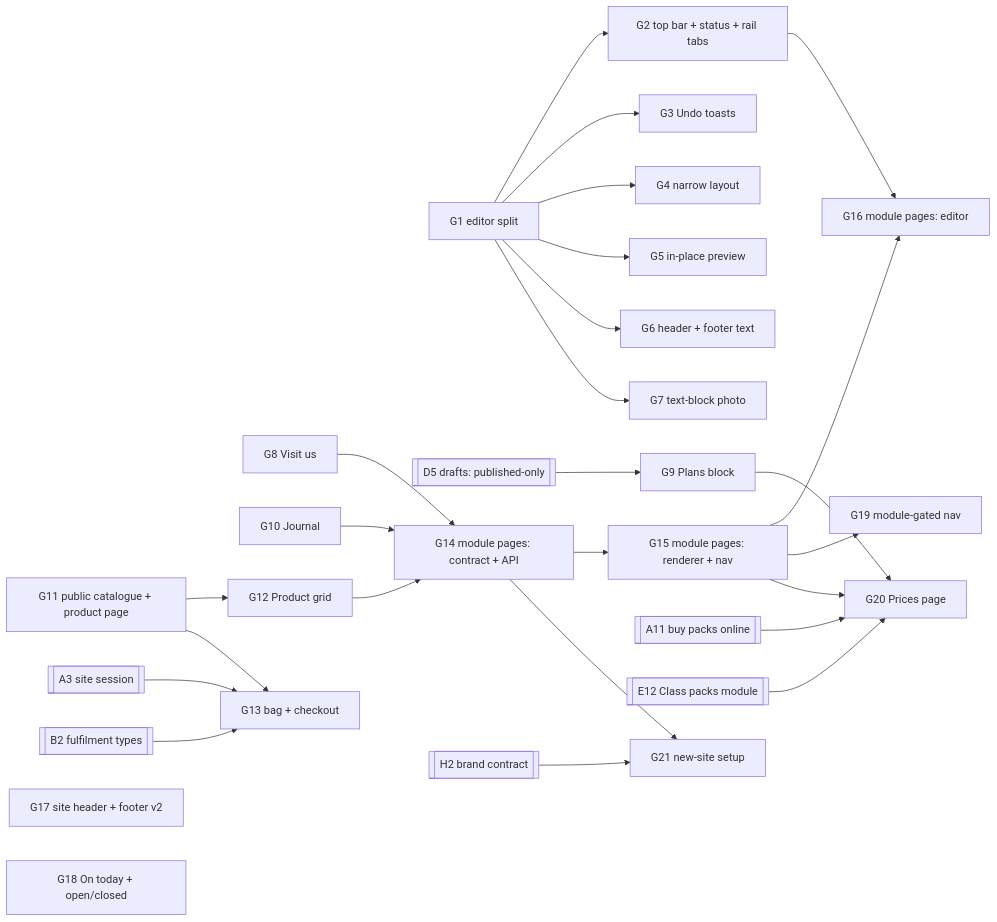
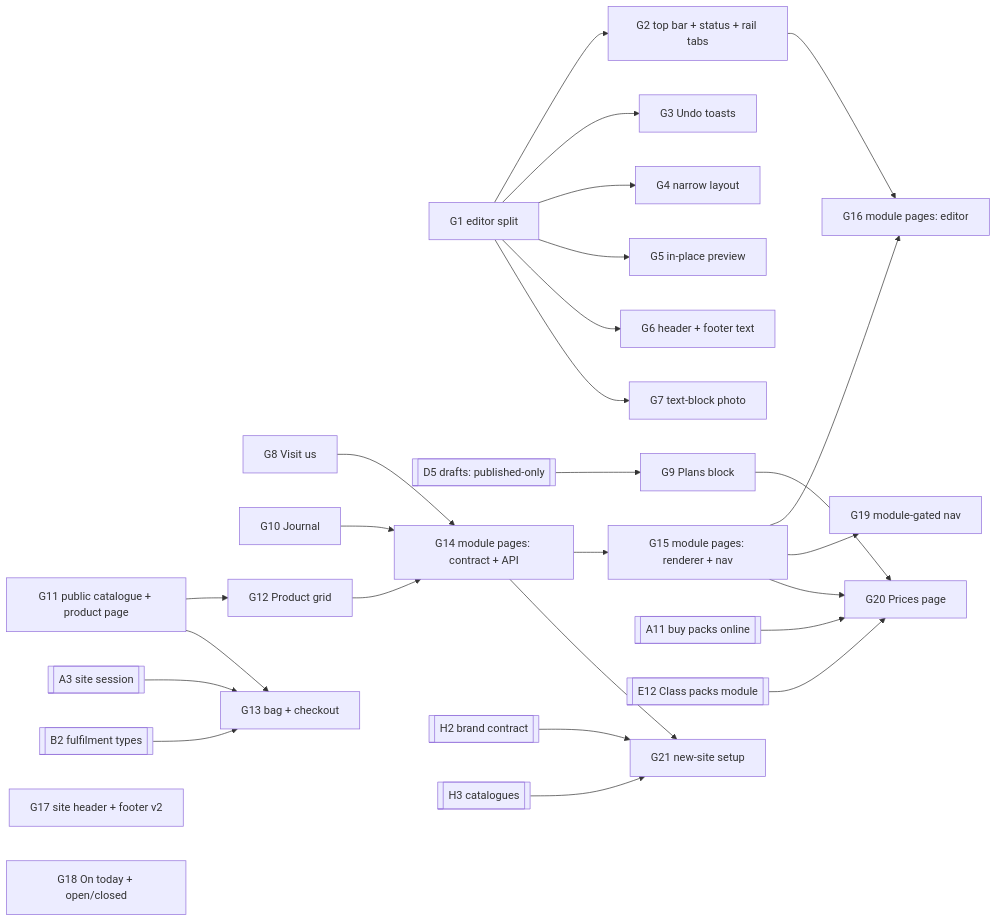
Before and after one commit to saroh-labs/saroh.in: the second of 2 diagrams in docs/plans/2026-09-26-007-feat-site-editor-customer-site-plan.md, drawn with Mermaid. The commit also changed other lines of this file and 3 other files, not shown here.

````diff
--- a/docs/plans/2026-09-26-007-feat-site-editor-customer-site-plan.md
+++ b/docs/plans/2026-09-26-007-feat-site-editor-customer-site-plan.md
@@ -364,31 +364,32 @@
 ```mermaid
 flowchart LR
   G1[G1 editor split] --> G2[G2 top bar + status + rail tabs]
   G1 --> G3[G3 Undo toasts]
   G1 --> G4[G4 narrow layout]
   G1 --> G5[G5 in-place preview]
   G1 --> G6[G6 header + footer text]
   G1 --> G7[G7 text-block photo]
   G8[G8 Visit us]
   G10[G10 Journal]
   D5[[D5 drafts: published-only]] --> G9[G9 Plans block]
   G11[G11 public catalogue + product page] --> G12[G12 Product grid]
   G11 --> G13[G13 bag + checkout]
   A3[[A3 site session]] --> G13
   B2[[B2 fulfilment types]] --> G13
   G8 --> G14[G14 module pages: contract + API]
   G10 --> G14
   G12 --> G14
   G14 --> G15[G15 module pages: renderer + nav]
   G15 --> G16[G16 module pages: editor]
   G2 --> G16
   G15 --> G19[G19 module-gated nav]
   G17[G17 site header + footer v2]
   G18[G18 On today + open/closed]
   G9 --> G20[G20 Prices page]
   A11[[A11 buy packs online]] --> G20
   E12[[E12 Class packs module]] --> G20
   G15 --> G20
   H2[[H2 brand contract]] --> G21[G21 new-site setup]
+  H3[[H3 catalogues]] --> G21
   G14 --> G21
 ```
````
